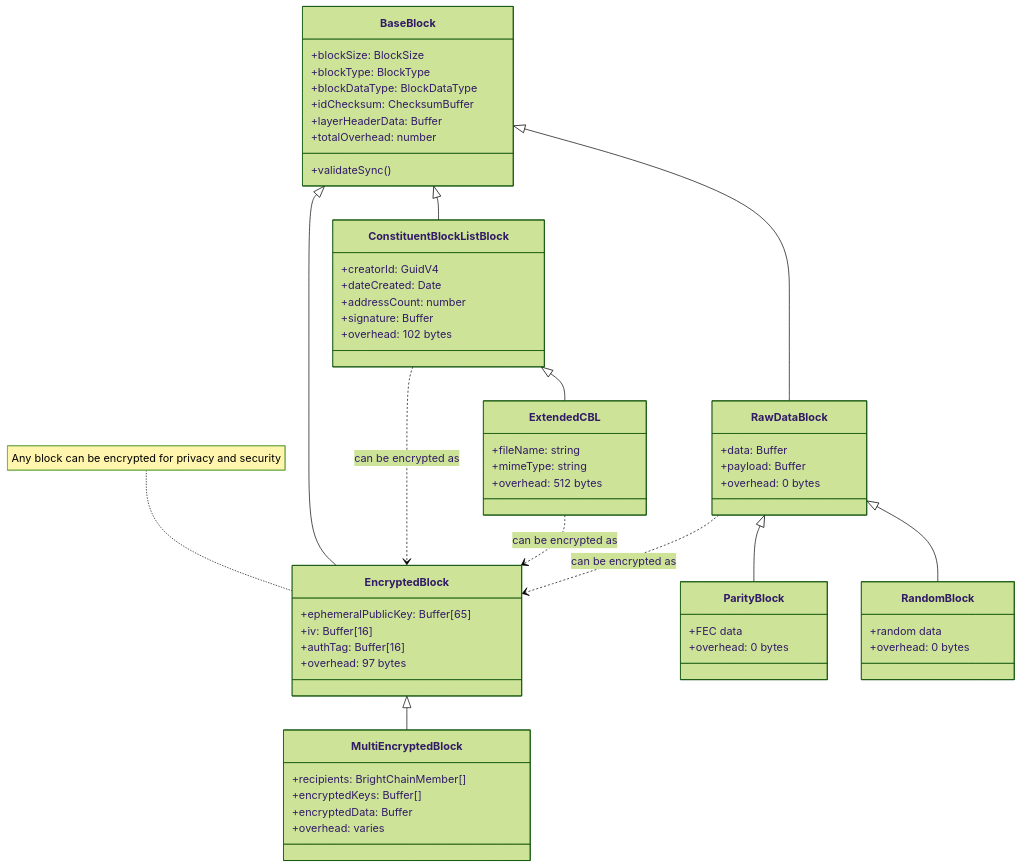
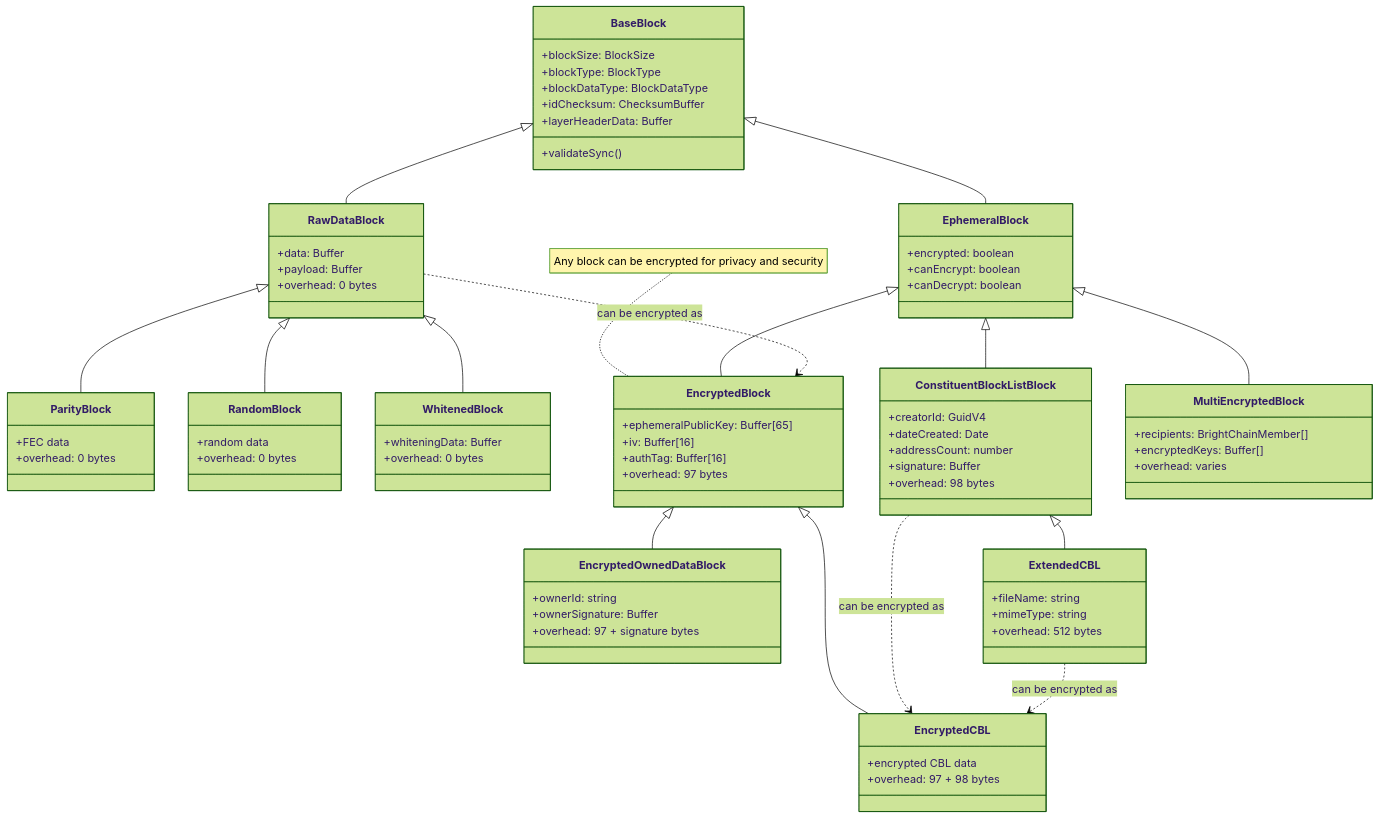
The first of 2 diagrams in docs/blockHierarchy.md (Digital-Defiance/BrightChain), drawn with Mermaid (forest theme) before and after one commit. The commit also changed other lines of this file and 1 other file, not shown here.

````diff
--- a/docs/blockHierarchy.md
+++ b/docs/blockHierarchy.md
@@ -129,16 +131,20 @@
 classDiagram
     %% Base Inheritance
     BaseBlock <|-- RawDataBlock
-    BaseBlock <|-- EncryptedBlock
-    BaseBlock <|-- ConstituentBlockListBlock
+    BaseBlock <|-- EphemeralBlock
     RawDataBlock <|-- ParityBlock
     RawDataBlock <|-- RandomBlock
-    EncryptedBlock <|-- MultiEncryptedBlock
+    RawDataBlock <|-- WhitenedBlock
+    EphemeralBlock <|-- EncryptedBlock
+    EphemeralBlock <|-- ConstituentBlockListBlock
+    EphemeralBlock <|-- MultiEncryptedBlock
+    EncryptedBlock <|-- EncryptedCBL
+    EncryptedBlock <|-- EncryptedOwnedDataBlock
     ConstituentBlockListBlock <|-- ExtendedCBL
 
     %% Encryption Capabilities
-    ConstituentBlockListBlock ..> EncryptedBlock: can be encrypted as
-    ExtendedCBL ..> EncryptedBlock: can be encrypted as
+    ConstituentBlockListBlock ..> EncryptedCBL: can be encrypted as
+    ExtendedCBL ..> EncryptedCBL: can be encrypted as
     RawDataBlock ..> EncryptedBlock: can be encrypted as
 
     class BaseBlock {
@@ -147,7 +153,6 @@
         +blockDataType: BlockDataType
         +idChecksum: ChecksumBuffer
         +layerHeaderData: Buffer
-        +totalOverhead: number
         +validateSync()
     }
 
@@ -155,6 +160,12 @@
         +data: Buffer
         +payload: Buffer
         +overhead: 0 bytes
+    }
+
+    class EphemeralBlock {
+        +encrypted: boolean
+        +canEncrypt: boolean
+        +canDecrypt: boolean
     }
 
     class EncryptedBlock {
@@ -169,7 +180,7 @@
         +dateCreated: Date
         +addressCount: number
         +signature: Buffer
-        +overhead: 102 bytes
+        +overhead: 98 bytes
     }
 
     class ExtendedCBL {
@@ -181,7 +192,6 @@
     class MultiEncryptedBlock {
         +recipients: BrightChainMember[]
         +encryptedKeys: Buffer[]
-        +encryptedData: Buffer
         +overhead: varies
     }
 
@@ -195,6 +205,22 @@
         +overhead: 0 bytes
     }
 
+    class WhitenedBlock {
+        +whiteningData: Buffer
+        +overhead: 0 bytes
+    }
+
+    class EncryptedCBL {
+        +encrypted CBL data
+        +overhead: 97 + 98 bytes
+    }
+
+    class EncryptedOwnedDataBlock {
+        +ownerId: string
+        +ownerSignature: Buffer
+        +overhead: 97 + signature bytes
+    }
+
     %% Note
     note for EncryptedBlock "Any block can be encrypted for privacy and security"
 ```
````
